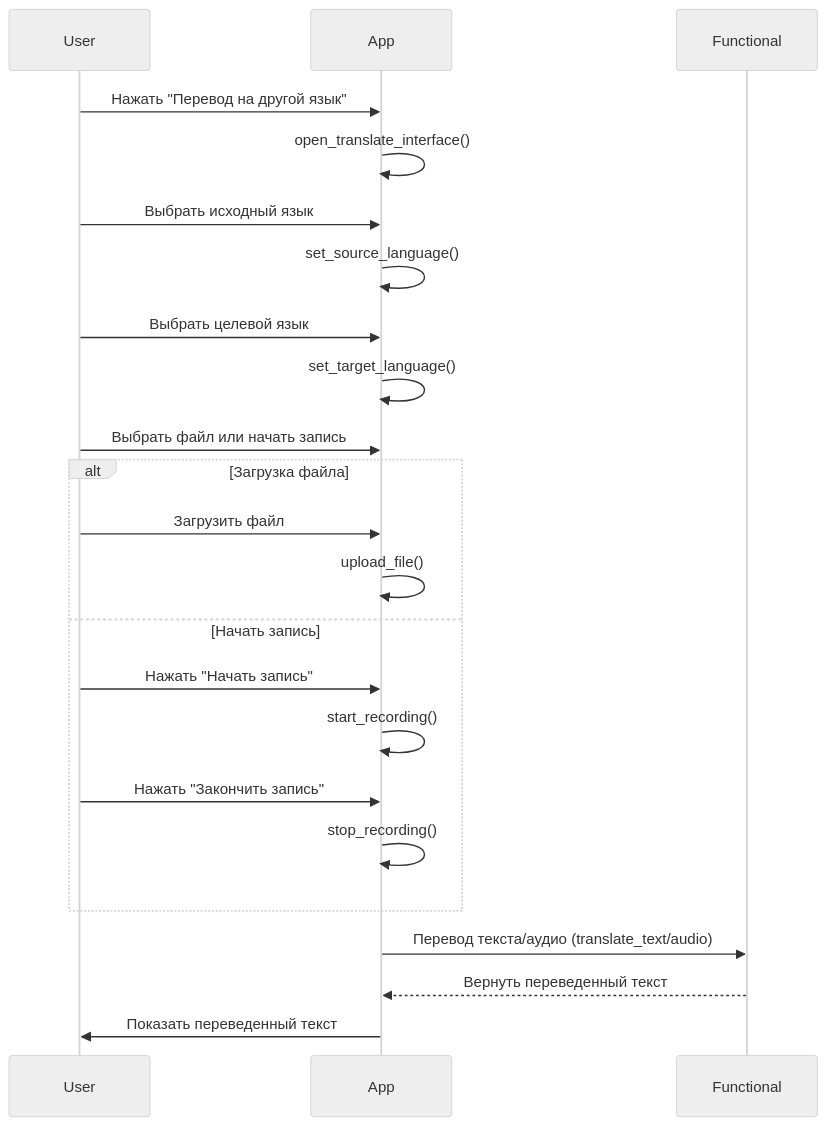
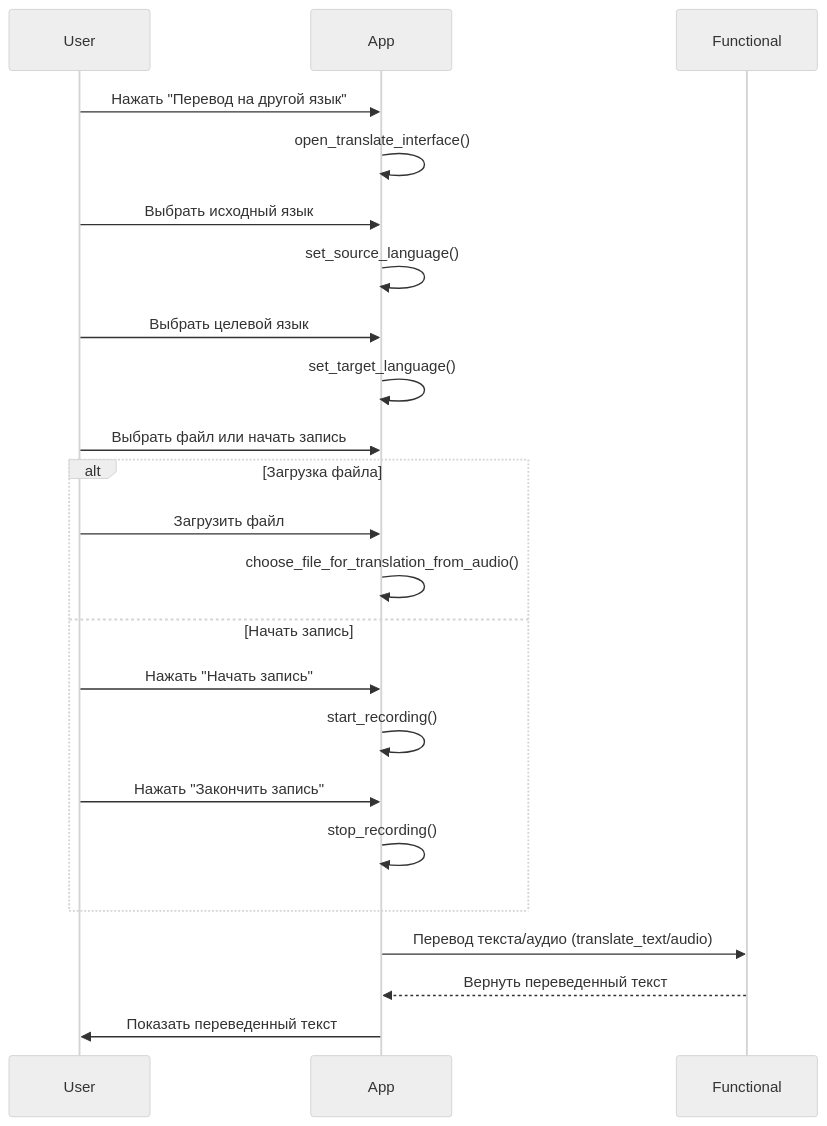
Before and after one commit to Retnug228/Lab3Orpo: the fifth of 6 diagrams in docs/behavior.md, drawn with Mermaid (neutral theme). The commit also changed other lines of this file, not shown here.

````diff
--- a/docs/behavior.md
+++ b/docs/behavior.md
@@ -115,26 +115,26 @@
 ```mermaid
 sequenceDiagram
     participant User
     participant App
     participant Functional
     
     User ->> App: Нажать "Перевод на другой язык"
     App ->> App: open_translate_interface()
     User ->> App: Выбрать исходный язык
     App ->> App: set_source_language()
     User ->> App: Выбрать целевой язык
     App ->> App: set_target_language()
     User ->> App: Выбрать файл или начать запись
     alt Загрузка файла
         User ->> App: Загрузить файл
-        App ->> App: upload_file()
+        App ->> App: choose_file_for_translation_from_audio()
     else Начать запись
         User ->> App: Нажать "Начать запись"
         App ->> App: start_recording()
         User ->> App: Нажать "Закончить запись"
         App ->> App: stop_recording()
     end
     App ->> Functional: Перевод текста/аудио (translate_text/audio)
     Functional -->> App: Вернуть переведенный текст
     App ->> User: Показать переведенный текст
 ```
````
